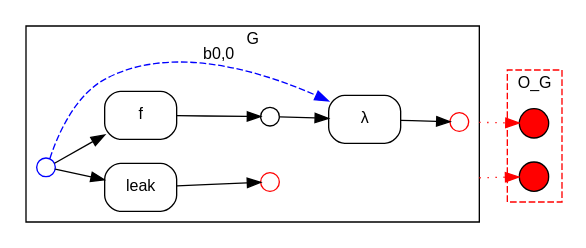
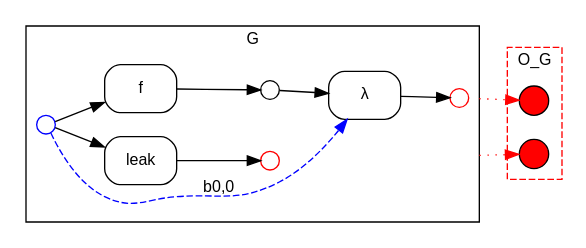
The diagram in output_leaking_interface_detailed.dot (ammatsui/bhypvis), drawn with Graphviz before and after one commit. The commit also changed other lines of this file and 765 other files, not shown here.

```diff
--- a/output_leaking_interface_detailed.dot
+++ b/output_leaking_interface_detailed.dot
@@ -1,45 +1,45 @@
 digraph BHypWithInterface {
   fontname="Helvetica"
   fontsize=12
   compound=true;
   rankdir=LR;
   node [fontname="Helvetica", fontsize=12];
   edge [fontname="Helvetica", fontsize=12];
 
   subgraph cluster_input {
     label="I_G";
     style=dashed;
     color="green";
   }
 
   subgraph cluster_main {
     label="G";
     style=solid;
+    n0 [label="", shape=circle, style=filled, fillcolor=white, color="blue", width=0.2, height=0.2, fixedsize=true];
     n1 [label="", shape=circle, style=filled, fillcolor=white, color="black", width=0.2, height=0.2, fixedsize=true];
-    n0 [label="", shape=circle, style=filled, fillcolor=white, color="blue", width=0.2, height=0.2, fixedsize=true];
     n3 [label="", shape=circle, style=filled, fillcolor=white, color="red", width=0.2, height=0.2, fixedsize=true];
     n2 [label="", shape=circle, style=filled, fillcolor=white, color="red", width=0.2, height=0.2, fixedsize=true];
+    e1 [label="λ", shape=box, style=rounded, color="black"];
+    e2 [label="leak", shape=box, style=rounded, color="black"];
     e0 [label="f", shape=box, style=rounded, color="black"];
-    e2 [label="leak", shape=box, style=rounded, color="black"];
-    e1 [label="λ", shape=box, style=rounded, color="black"];
-    n0 -> e0 [label=""];
-    e0 -> n1 [label=""];
-    n0 -> e2 [label=""];
-    e2 -> n3 [label=""];
     n1 -> e1 [label=""];
     n0 -> e1 [style=dashed, color="blue", constraint=false, label="b0,0"];
     e1 -> n2 [label=""];
+    n0 -> e2 [label=""];
+    e2 -> n3 [label=""];
+    n0 -> e0 [label=""];
+    e0 -> n1 [label=""];
   }
 
   subgraph cluster_output {
     label="O_G";
     style=dashed;
     color="red";
+    o0 [label="", shape=circle, style=filled, fillcolor="red", width=0.3, height=0.3, fixedsize=true];
     o1 [label="", shape=circle, style=filled, fillcolor="red", width=0.3, height=0.3, fixedsize=true];
-    o0 [label="", shape=circle, style=filled, fillcolor="red", width=0.3, height=0.3, fixedsize=true];
   }
 
   // Interface morphisms
   n2 -> o1 [style=dotted, color="red", label="", ltail=cluster_main];
   n3 -> o0 [style=dotted, color="red", label="", ltail=cluster_main];
 }
```
